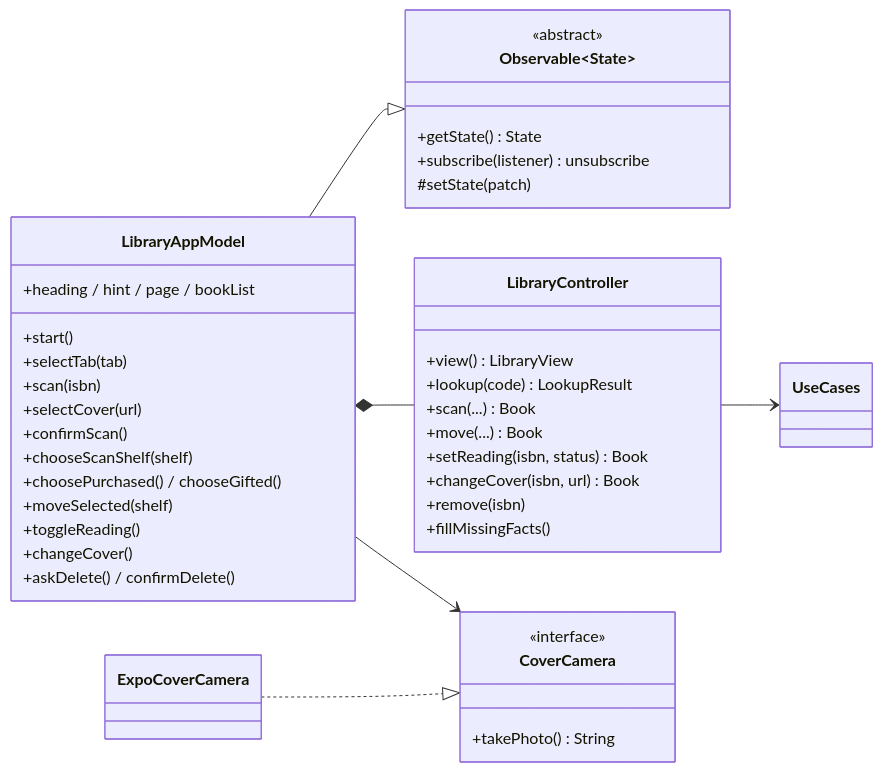
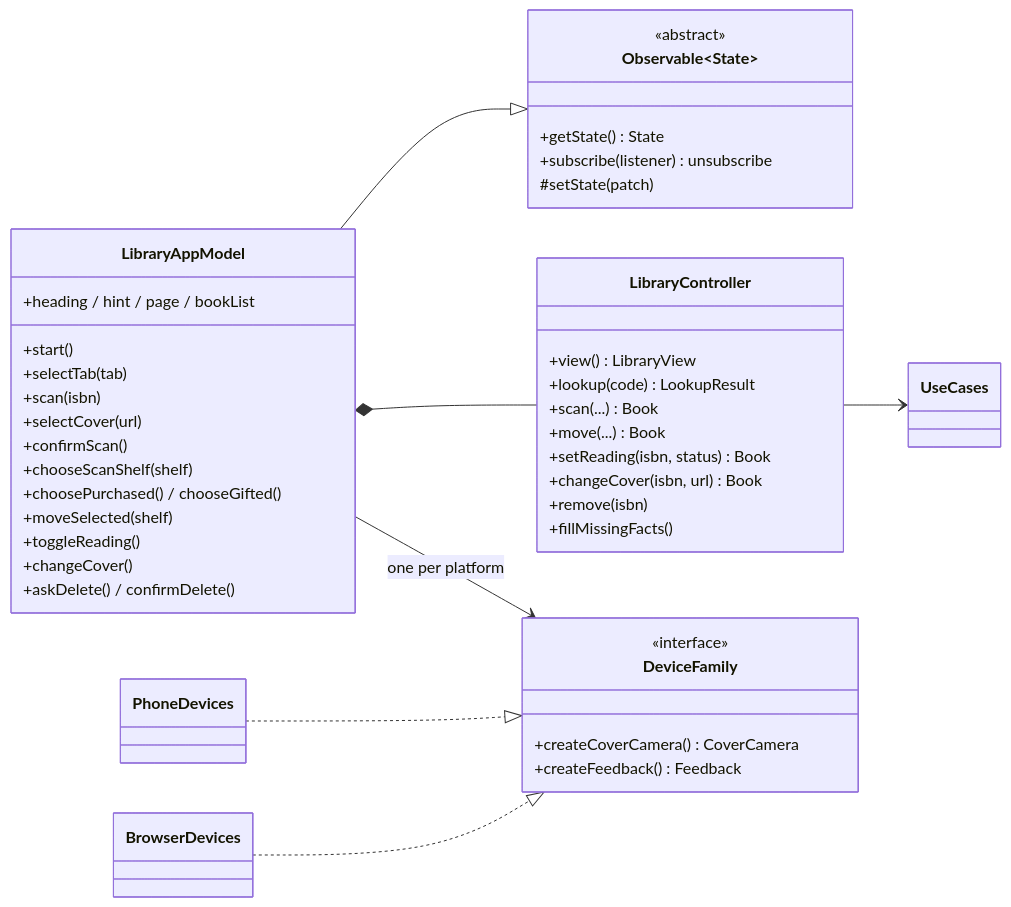
Before and after one commit to ghechavarria/cen5064-project-hechavarria: the diagram in docs/design/diagrams/iface-presentation.mmd, drawn with Mermaid. The commit also changed 31 other files, not shown here.

```diff
--- a/docs/design/diagrams/iface-presentation.mmd
+++ b/docs/design/diagrams/iface-presentation.mmd
@@ -1,41 +1,43 @@
 classDiagram
     direction LR
     class Observable~State~ {
         <<abstract>>
         +getState() State
         +subscribe(listener) unsubscribe
         #setState(patch)
     }
     class LibraryAppModel {
         +heading / hint / page / bookList
         +start()
         +selectTab(tab)
         +scan(isbn)
         +selectCover(url)
         +confirmScan()
         +chooseScanShelf(shelf)
         +choosePurchased() / chooseGifted()
         +moveSelected(shelf)
         +toggleReading()
         +changeCover()
         +askDelete() / confirmDelete()
     }
     class LibraryController {
         +view() LibraryView
         +lookup(code) LookupResult
         +scan(...) Book
         +move(...) Book
         +setReading(isbn, status) Book
         +changeCover(isbn, url) Book
         +remove(isbn)
         +fillMissingFacts()
     }
-    class CoverCamera {
+    class DeviceFamily {
         <<interface>>
-        +takePhoto() String
+        +createCoverCamera() CoverCamera
+        +createFeedback() Feedback
     }
     LibraryAppModel --|> Observable~State~
     LibraryAppModel *-- LibraryController
-    LibraryAppModel --> CoverCamera
-    ExpoCoverCamera ..|> CoverCamera
+    LibraryAppModel --> DeviceFamily : one per platform
+    PhoneDevices ..|> DeviceFamily
+    BrowserDevices ..|> DeviceFamily
     LibraryController --> UseCases
```
